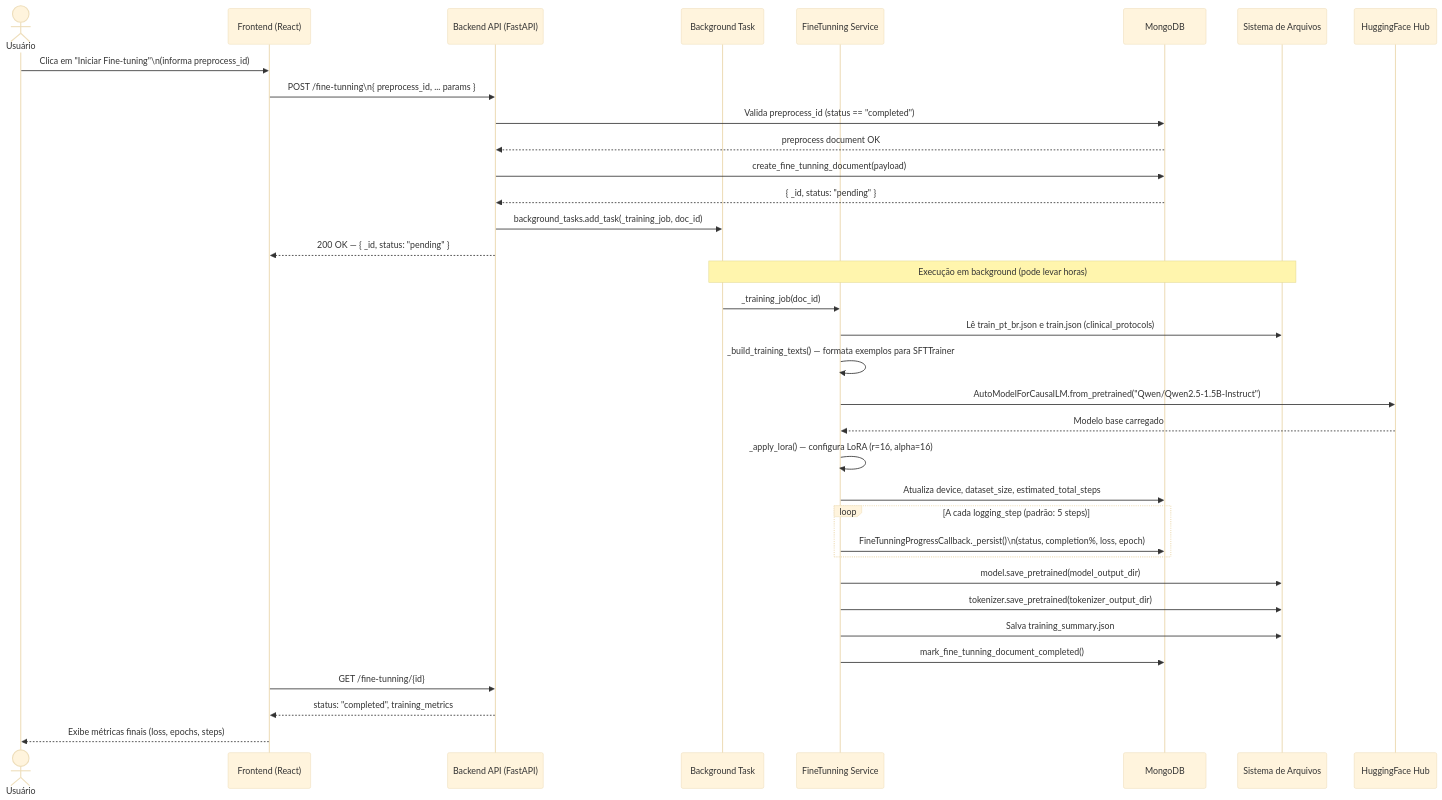
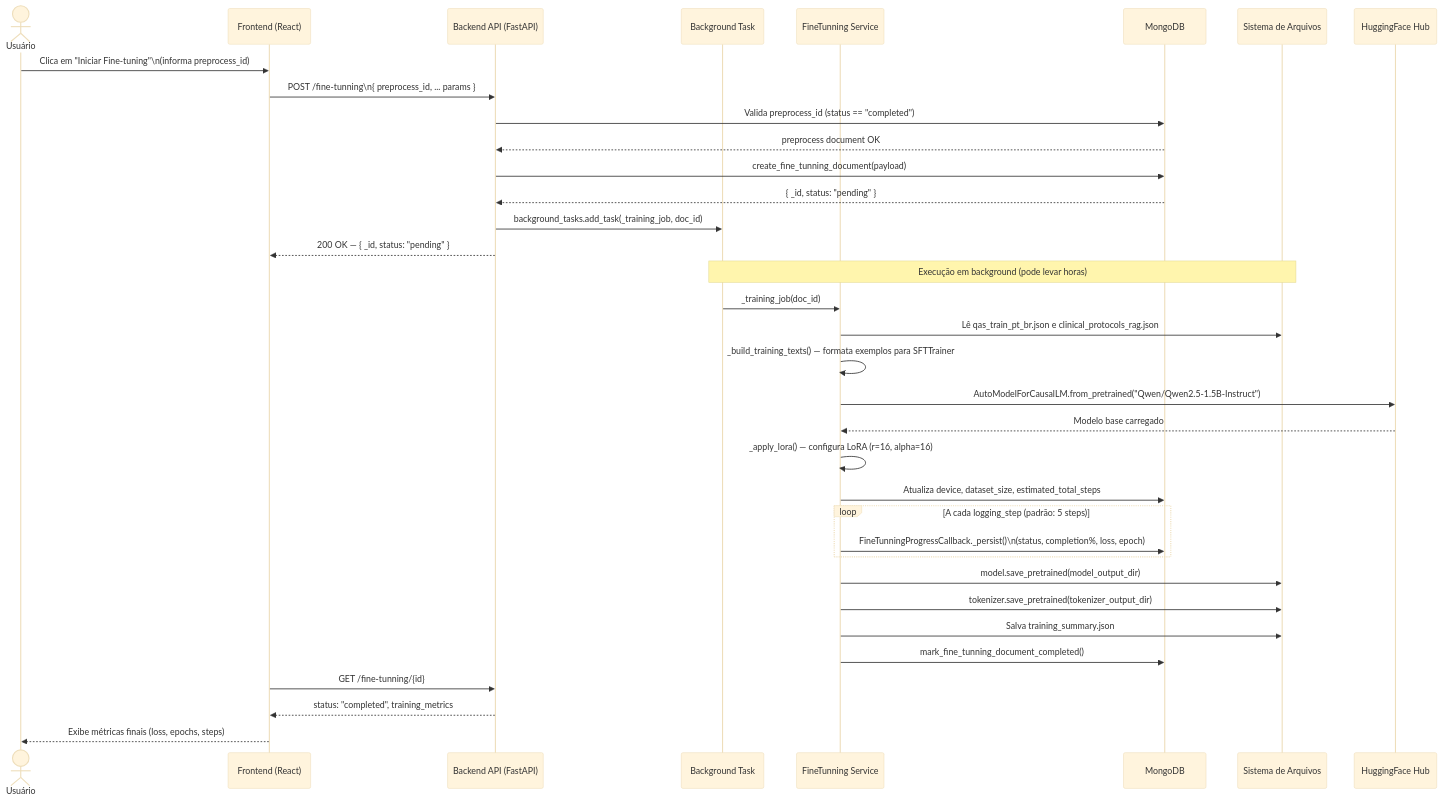
Before and after one commit to vagner-nascimento/fiap-pos-ia-para-devs-fase3-tech-challenge: the sixth of 6 diagrams in docs/architecture/README.md, drawn with Mermaid (base theme). The commit also changed other lines of this file and 8 other files, not shown here.

````diff
--- a/docs/architecture/README.md
+++ b/docs/architecture/README.md
@@ -267,42 +267,42 @@
 ```mermaid
 sequenceDiagram
     actor U as Usuário
     participant FE as Frontend (React)
     participant API as Backend API (FastAPI)
     participant BG as Background Task
     participant SVC as FineTunning Service
     participant DB as MongoDB
     participant FS as Sistema de Arquivos
     participant HF as HuggingFace Hub
 
     U->>FE: Clica em "Iniciar Fine-tuning"\n(informa preprocess_id)
     FE->>API: POST /fine-tunning\n{ preprocess_id, ... params }
     API->>DB: Valida preprocess_id (status == "completed")
     DB-->>API: preprocess document OK
     API->>DB: create_fine_tunning_document(payload)
     DB-->>API: { _id, status: "pending" }
     API->>BG: background_tasks.add_task(_training_job, doc_id)
     API-->>FE: 200 OK — { _id, status: "pending" }
 
     Note over BG,FS: Execução em background (pode levar horas)
 
     BG->>SVC: _training_job(doc_id)
-    SVC->>FS: Lê train_pt_br.json e train.json (clinical_protocols)
+    SVC->>FS: Lê qas_train_pt_br.json e clinical_protocols_rag.json
     SVC->>SVC: _build_training_texts() — formata exemplos para SFTTrainer
     SVC->>HF: AutoModelForCausalLM.from_pretrained("Qwen/Qwen2.5-1.5B-Instruct")
     HF-->>SVC: Modelo base carregado
     SVC->>SVC: _apply_lora() — configura LoRA (r=16, alpha=16)
     SVC->>DB: Atualiza device, dataset_size, estimated_total_steps
 
     loop A cada logging_step (padrão: 5 steps)
         SVC->>DB: FineTunningProgressCallback._persist()\n(status, completion%, loss, epoch)
     end
 
     SVC->>FS: model.save_pretrained(model_output_dir)
     SVC->>FS: tokenizer.save_pretrained(tokenizer_output_dir)
     SVC->>FS: Salva training_summary.json
     SVC->>DB: mark_fine_tunning_document_completed()
     FE->>API: GET /fine-tunning/{id}
     API-->>FE: status: "completed", training_metrics
     FE-->>U: Exibe métricas finais (loss, epochs, steps)
 ```
````
